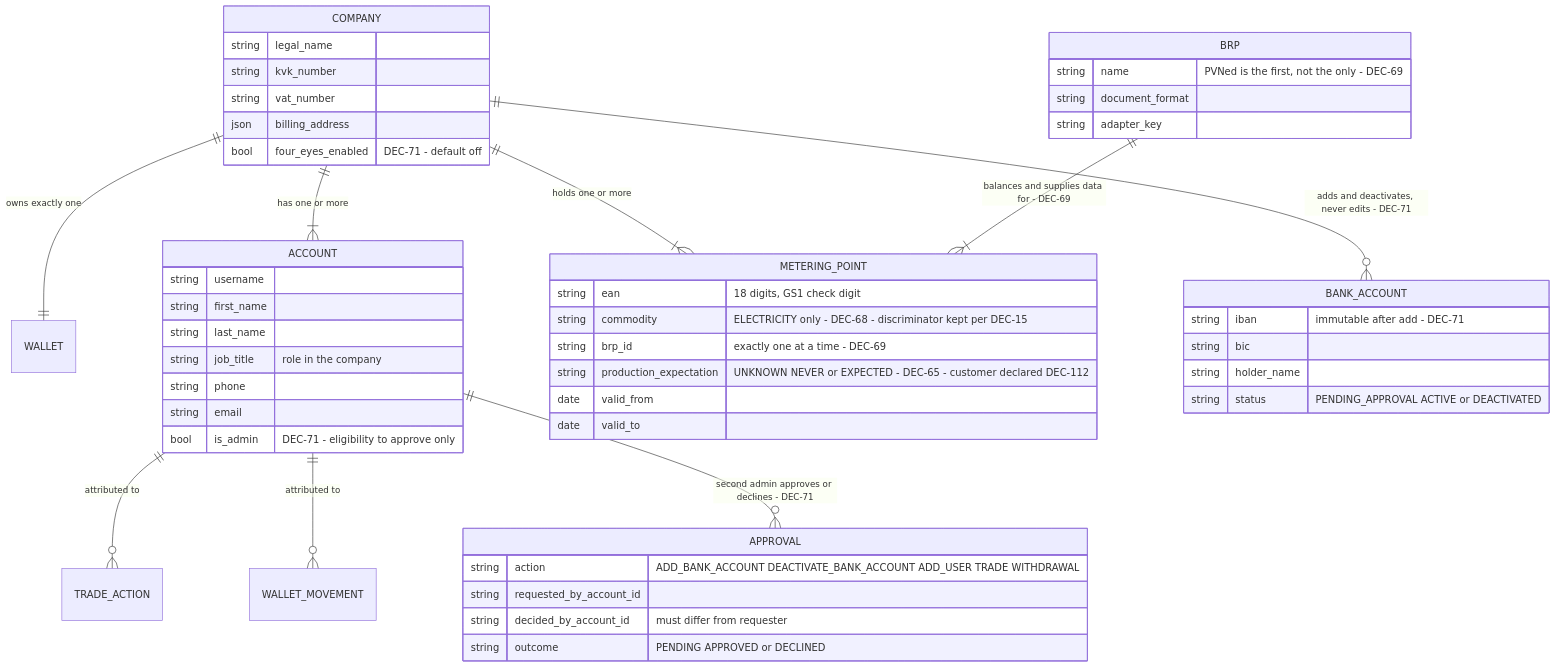
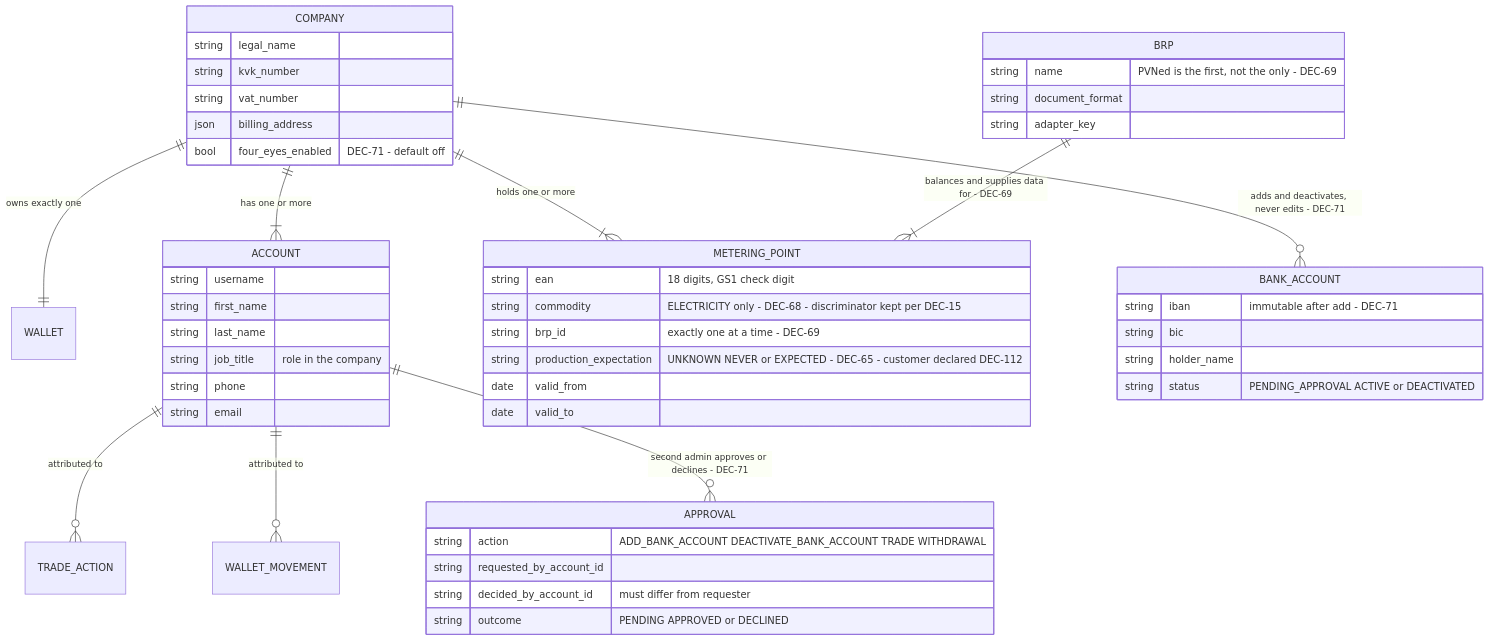
One commit to lukastosic-ifd/peakpowerspecs changed the diagram in specs/10-features/F01-customer-and-metering-points.md. Above: the diagram before and after it, drawn with Mermaid. The commit also changed other lines of this file, not shown here.

````diff
--- a/specs/10-features/F01-customer-and-metering-points.md
+++ b/specs/10-features/F01-customer-and-metering-points.md
@@ -71,53 +71,52 @@
 ```mermaid
 erDiagram
     COMPANY ||--|| WALLET : "owns exactly one"
     COMPANY ||--|{ ACCOUNT : "has one or more"
     COMPANY ||--|{ METERING_POINT : "holds one or more"
     COMPANY ||--o{ BANK_ACCOUNT : "adds and deactivates, never edits - DEC-71"
     ACCOUNT ||--o{ TRADE_ACTION : "attributed to"
     ACCOUNT ||--o{ WALLET_MOVEMENT : "attributed to"
     ACCOUNT ||--o{ APPROVAL : "second admin approves or declines - DEC-71"
     BRP ||--|{ METERING_POINT : "balances and supplies data for - DEC-69"
 
     COMPANY {
         string legal_name
         string kvk_number
         string vat_number
         json billing_address
         bool four_eyes_enabled "DEC-71 - default off"
     }
     BANK_ACCOUNT {
         string iban "immutable after add - DEC-71"
         string bic
         string holder_name
         string status "PENDING_APPROVAL ACTIVE or DEACTIVATED"
     }
     ACCOUNT {
         string username
         string first_name
         string last_name
         string job_title "role in the company"
         string phone
         string email
-        bool is_admin "DEC-71 - eligibility to approve only"
     }
     APPROVAL {
-        string action "ADD_BANK_ACCOUNT DEACTIVATE_BANK_ACCOUNT ADD_USER TRADE WITHDRAWAL"
+        string action "ADD_BANK_ACCOUNT DEACTIVATE_BANK_ACCOUNT TRADE WITHDRAWAL"
         string requested_by_account_id
         string decided_by_account_id "must differ from requester"
         string outcome "PENDING APPROVED or DECLINED"
     }
     BRP {
         string name "PVNed is the first, not the only - DEC-69"
         string document_format
         string adapter_key
     }
     METERING_POINT {
         string ean "18 digits, GS1 check digit"
         string commodity "ELECTRICITY only - DEC-68 - discriminator kept per DEC-15"
         string brp_id "exactly one at a time - DEC-69"
         string production_expectation "UNKNOWN NEVER or EXPECTED - DEC-65 - customer declared DEC-112"
         date valid_from
         date valid_to
     }
 ```
````
